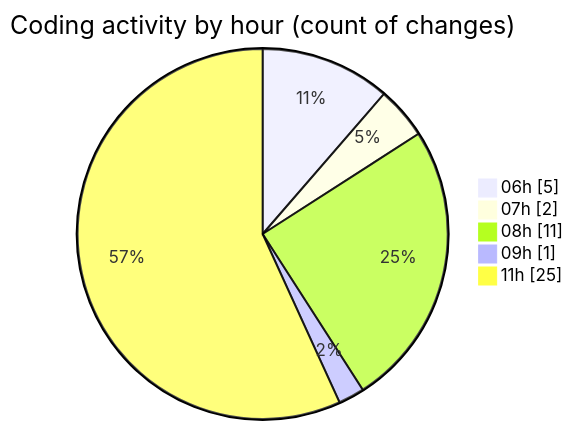
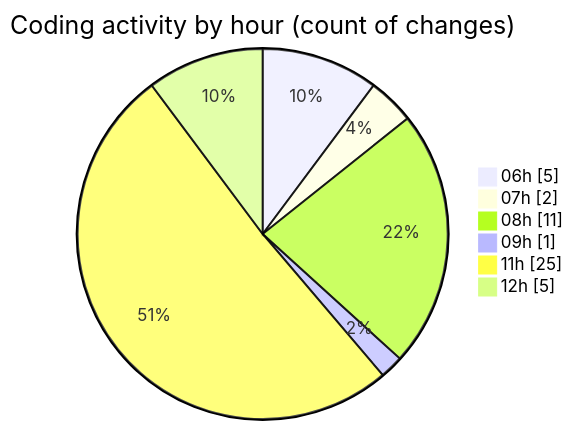
The second of 2 diagrams in 2025-04-17/zeytoon/README.md (vahidmafi/code-tracking), drawn with Mermaid before and after one commit. The commit also changed other lines of this file and 1 other file, not shown here.

````diff
--- a/2025-04-17/zeytoon/README.md
+++ b/2025-04-17/zeytoon/README.md
@@ -38,9 +39,10 @@
 ```mermaid
 pie showData
 title Coding activity by hour (count of changes)
 "06h" : 5
 "07h" : 2
 "08h" : 11
 "09h" : 1
 "11h" : 25
+"12h" : 5
 ```
````
